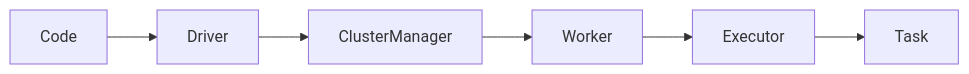
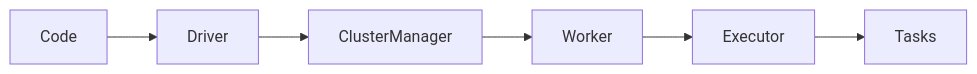
One commit to KETAKISANTOSHNIKURE/DATA_ENGINEER_KETAKI changed the diagram in spark-data-engineering-handbook/docs/02-what-is-apache-spark.md. Above: the diagram before and after it, drawn with Mermaid. The commit also changed other lines of this file, not shown here.

````diff
--- a/spark-data-engineering-handbook/docs/02-what-is-apache-spark.md
+++ b/spark-data-engineering-handbook/docs/02-what-is-apache-spark.md
@@ -23,9 +32,8 @@
 ```mermaid
 flowchart LR
-
 Code --> Driver
 Driver --> ClusterManager
 ClusterManager --> Worker
 Worker --> Executor
-Executor --> Task
+Executor --> Tasks
 ```
````
